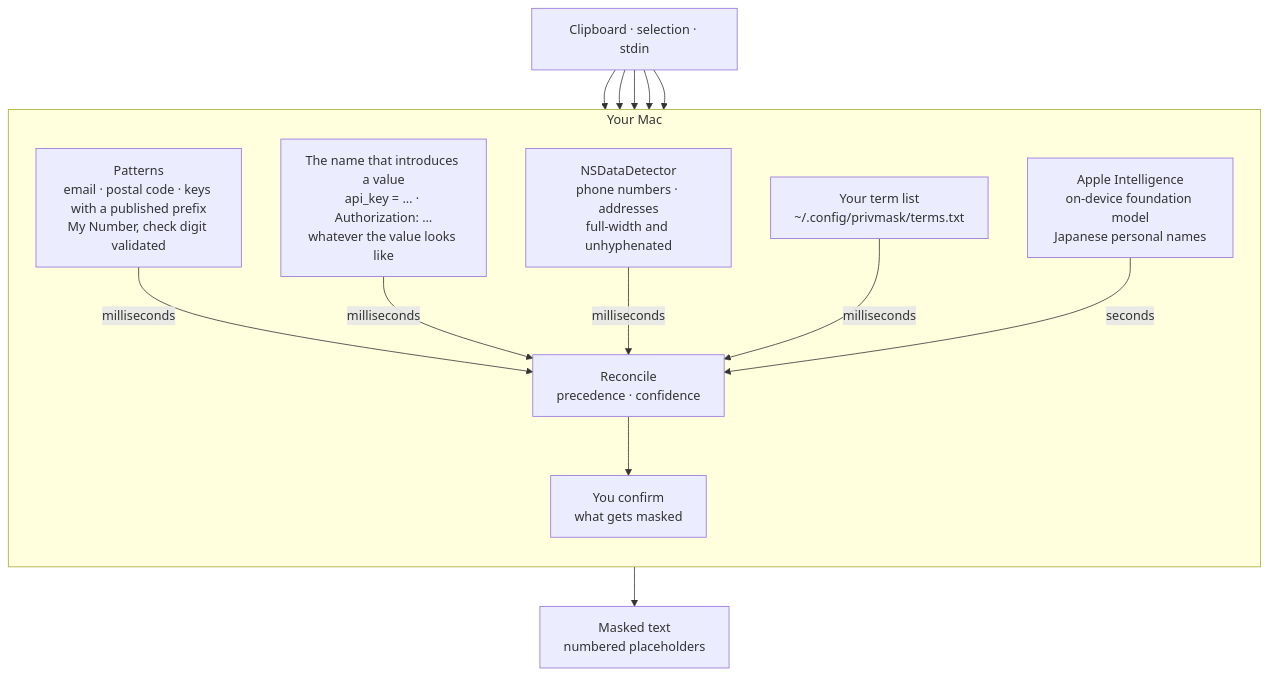
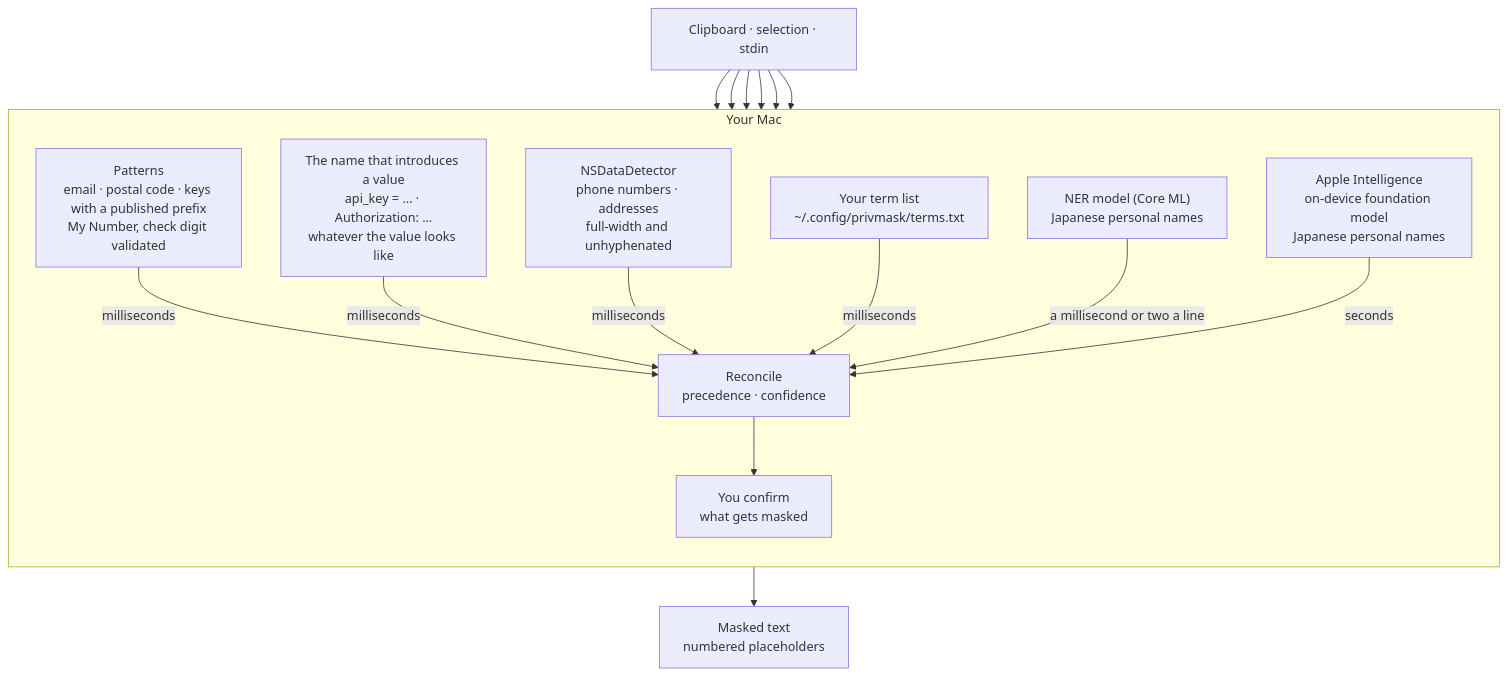
Before and after one commit to snaka/privmask: the diagram in README.md, drawn with Mermaid. The commit also changed other lines of this file and 29 other files, not shown here.

First line of the commit message:
Find Japanese names with a trained NER model, on by default, from Swift (#48)

````diff
--- a/README.md
+++ b/README.md
@@ -199,32 +206,35 @@
 ```mermaid
 flowchart TB
     in["Clipboard · selection · stdin"]
 
     subgraph mac["Your Mac"]
         direction TB
         pat["Patterns<br/>email · postal code · keys with a published prefix<br/>My Number, check digit validated"]
         named["The name that introduces a value<br/>api_key = … · Authorization: …<br/>whatever the value looks like"]
         dd["NSDataDetector<br/>phone numbers · addresses<br/>full-width and unhyphenated"]
         terms["Your term list<br/>~/.config/privmask/terms.txt"]
+        ner["NER model (Core ML)<br/>Japanese personal names"]
         fm["Apple Intelligence<br/>on-device foundation model<br/>Japanese personal names"]
         merge["Reconcile<br/>precedence · confidence"]
         you["You confirm<br/>what gets masked"]
     end
 
     out["Masked text<br/>numbered placeholders"]
 
     in --> pat
     in --> named
     in --> dd
     in --> terms
+    in --> ner
     in --> fm
 
     pat -->|milliseconds| merge
     named -->|milliseconds| merge
     dd -->|milliseconds| merge
     terms -->|milliseconds| merge
+    ner -->|a millisecond or two a line| merge
     fm -->|seconds| merge
 
     merge --> you
     you --> out
 ```
````
